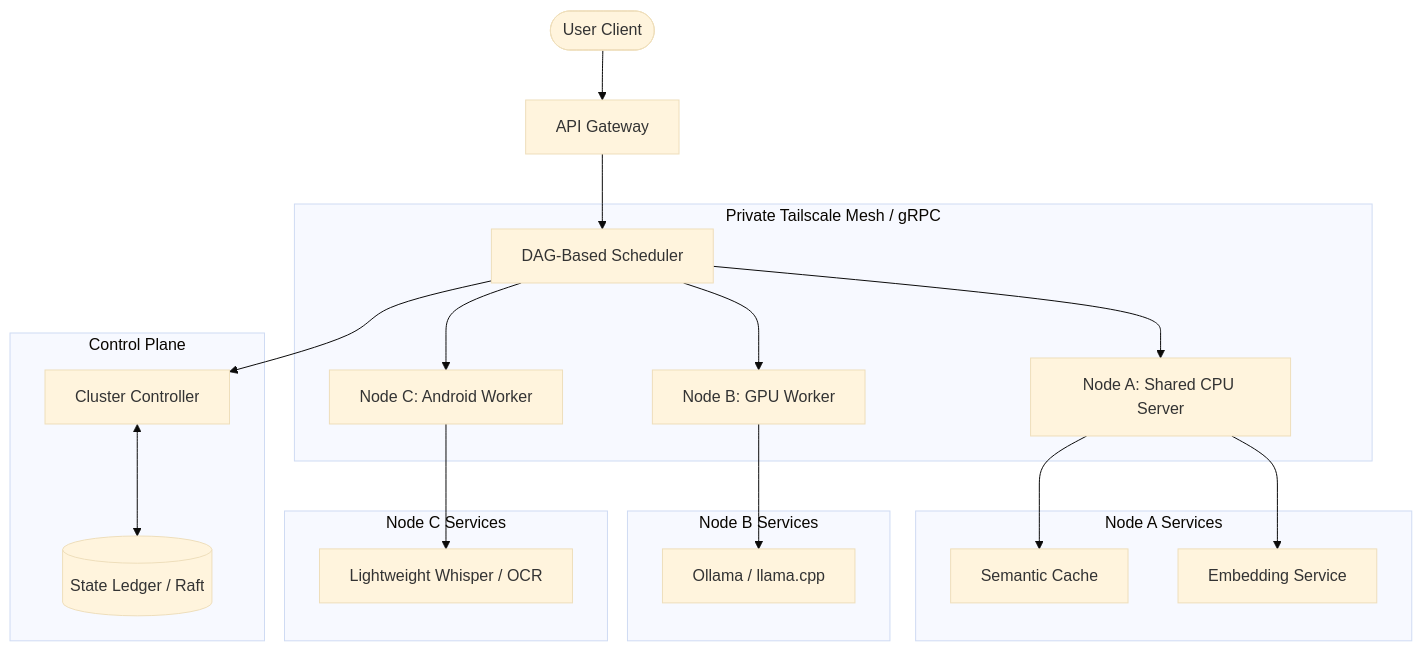
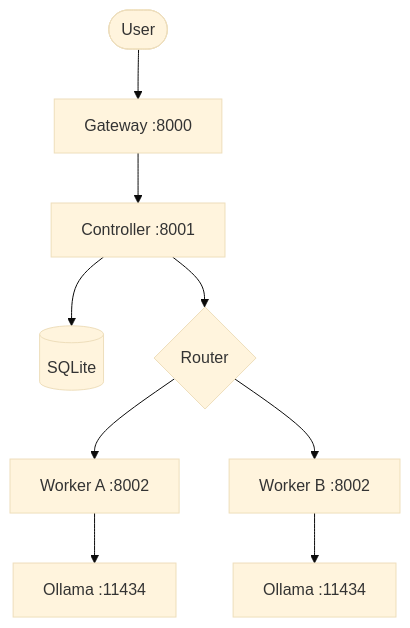
One commit to pranavkhaspa/lfhai changed the diagram in README.md. Above: the diagram before and after it, drawn with Mermaid (base theme). The commit also changed other lines of this file and 44 other files, not shown here.

````diff
--- a/README.md
+++ b/README.md
@@ -11,29 +71,11 @@
 ```mermaid
 graph TD
-    User([User Client]) --> Gateway[API Gateway]
-    Gateway --> Scheduler[DAG-Based Scheduler]
-    Scheduler --> Controller[Cluster Controller]
-    
-    subgraph Control Plane
-        Controller <--> Ledger[(State Ledger / Raft)]
-    end
-
-    subgraph Private Tailscale Mesh / gRPC
-        Scheduler --> NodeA[Node A: Shared CPU Server]
-        Scheduler --> NodeB[Node B: GPU Worker]
-        Scheduler --> NodeC[Node C: Android Worker]
-    end
-
-    subgraph Node A Services
-        NodeA --> Cache[Semantic Cache]
-        NodeA --> Embed[Embedding Service]
-    end
-
-    subgraph Node B Services
-        NodeB --> LLM[Ollama / llama.cpp]
-    end
-
-    subgraph Node C Services
-        NodeC --> Whisper[Lightweight Whisper / OCR]
-    end
+    User([User]) --> Gateway[Gateway :8000]
+    Gateway --> Controller[Controller :8001]
+    Controller --> Registry[(SQLite)]
+    Controller --> Router{Router}
+    Router --> Worker1[Worker A :8002]
+    Router --> Worker2[Worker B :8002]
+    Worker1 --> Ollama1[Ollama :11434]
+    Worker2 --> Ollama2[Ollama :11434]
 ```
````
